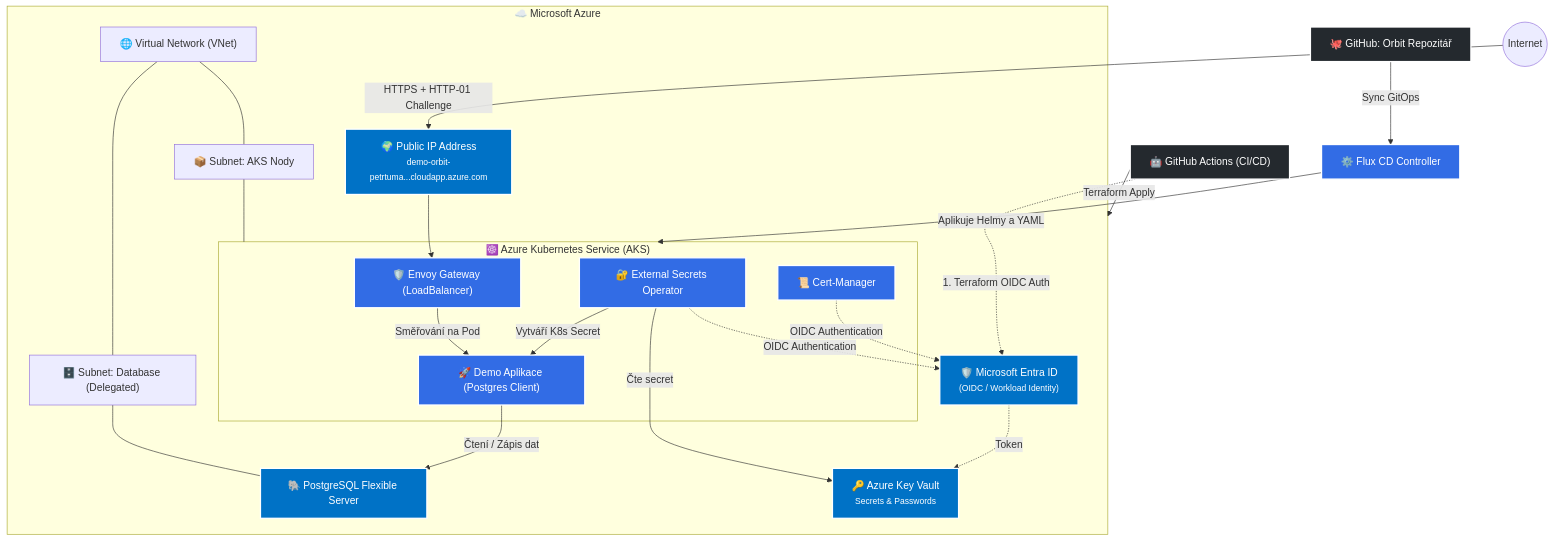
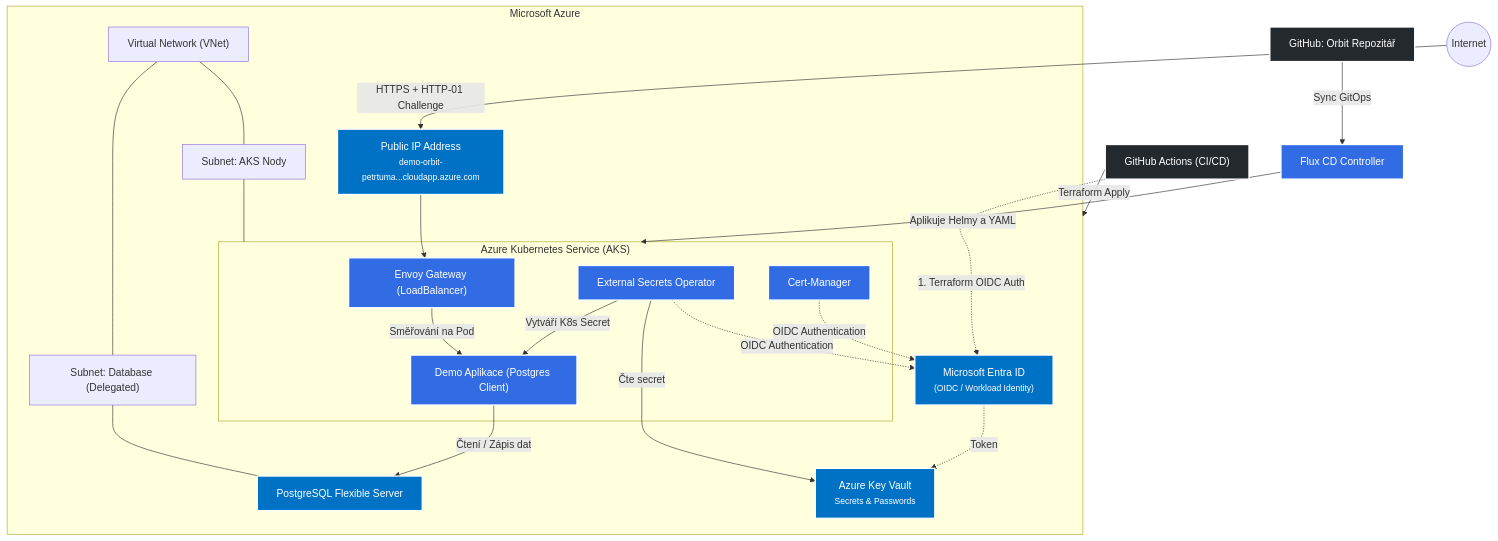
One commit to TumaPetr/orbit changed the diagram in README.md. Above: the diagram before and after it, drawn with Mermaid. The commit also changed other lines of this file, not shown here.

Commit message:
pridani prezentace v md za pouziti marp, pridani readme, prechod z public dns na static piblic ip adresu

````diff
--- a/README.md
+++ b/README.md
@@ -22,59 +24,59 @@
 ```mermaid
 graph TD
     classDef azure fill:#0072c6,stroke:#fff,stroke-width:2px,color:#fff;
     classDef k8s fill:#326ce5,stroke:#fff,stroke-width:2px,color:#fff;
     classDef git fill:#24292e,stroke:#fff,stroke-width:2px,color:#fff;
 
     %% GitHub / GitOps Vrstva
-    GitRepo["🐙 GitHub: Orbit Repozitář"]:::git
-    Flux["⚙️ Flux CD Controller"]:::k8s
-    Actions["🤖 GitHub Actions (CI/CD)"]:::git
+    GitRepo["GitHub: Orbit Repozitář"]:::git
+    Flux["Flux CD Controller"]:::k8s
+    Actions["GitHub Actions (CI/CD)"]:::git
 
     %% Azure Nativní Infrastruktura
-    subgraph Azure ["☁️ Microsoft Azure"]
-        VNET["🌐 Virtual Network (VNet)"]
+    subgraph Azure ["Microsoft Azure"]
+        VNET["Virtual Network (VNet)"]
 
-        PIP["🌍 Public IP Address<br/><small>demo-orbit-petrtuma...cloudapp.azure.com</small>"]:::azure
-        AKSSubnet["📦 Subnet: AKS Nody"]
-        DBSubnet["🗄️ Subnet: Database (Delegated)"]
+        PIP["Public IP Address<br/><small>demo-orbit-petrtuma...cloudapp.azure.com</small>"]:::azure
+        AKSSubnet["Subnet: AKS Nody"]
+        DBSubnet["Subnet: Database (Delegated)"]
 
-        KV["🔑 Azure Key Vault<br/><small>Secrets & Passwords</small>"]:::azure
-        PSQL["🐘 PostgreSQL Flexible Server"]:::azure
-        EntraID["🛡️ Microsoft Entra ID<br/><small>(OIDC / Workload Identity)</small>"]:::azure
+        KV["Azure Key Vault<br/><small>Secrets & Passwords</small>"]:::azure
+        PSQL["PostgreSQL Flexible Server"]:::azure
+        EntraID["Microsoft Entra ID<br/><small>(OIDC / Workload Identity)</small>"]:::azure
 
-        subgraph K8S ["☸️ Azure Kubernetes Service (AKS)"]
-            Envoy["🛡️ Envoy Gateway (LoadBalancer)"]:::k8s
-            App["🚀 Demo Aplikace (Postgres Client)"]:::k8s
-            ESO["🔐 External Secrets Operator"]:::k8s
-            CertMan["📜 Cert-Manager"]:::k8s
+        subgraph K8S ["Azure Kubernetes Service (AKS)"]
+            Envoy["Envoy Gateway (LoadBalancer)"]:::k8s
+            App["Demo Aplikace (Postgres Client)"]:::k8s
+            ESO["External Secrets Operator"]:::k8s
+            CertMan["Cert-Manager"]:::k8s
         end
     end
 
     %% OIDC šipky
     Actions -.->|1. Terraform OIDC Auth| EntraID
     ESO -.->|OIDC Authentication| EntraID
     CertMan -.->|OIDC Authentication| EntraID
     EntraID -.->|Token| KV
 
     %% Síťový tok a infrastruktura
     VNET --- AKSSubnet
     VNET --- DBSubnet
 
     AKSSubnet --- K8S
     DBSubnet --- PSQL
 
     %% GitOps a Terraform tok
     Actions -->|Terraform Apply| Azure
     GitRepo -->|Sync GitOps| Flux
     Flux -->|Aplikuje Helmy a YAML| K8S
 
-    %% Aplikační tok a Ingress
+    %% Aplikační tok a Gateway API
     Internet((Internet)) -->|HTTPS + HTTP-01 Challenge| PIP
     PIP --> Envoy
     Envoy -->|Směřování na Pod| App
     App -->|Čtení / Zápis dat| PSQL
 
     %% Secrets tok
     ESO -->|Čte secret| KV
     ESO -->|Vytváří K8s Secret| App
 ```
````
